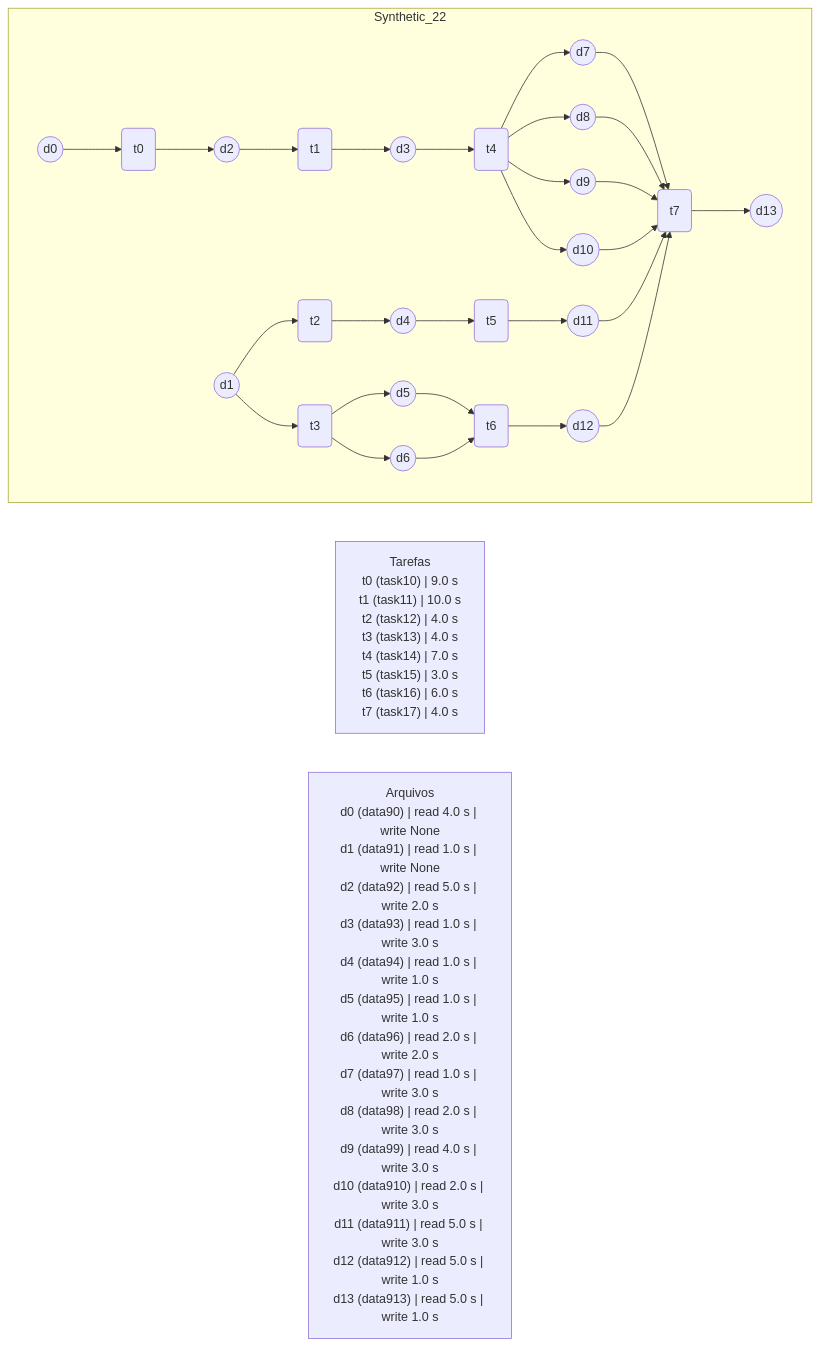
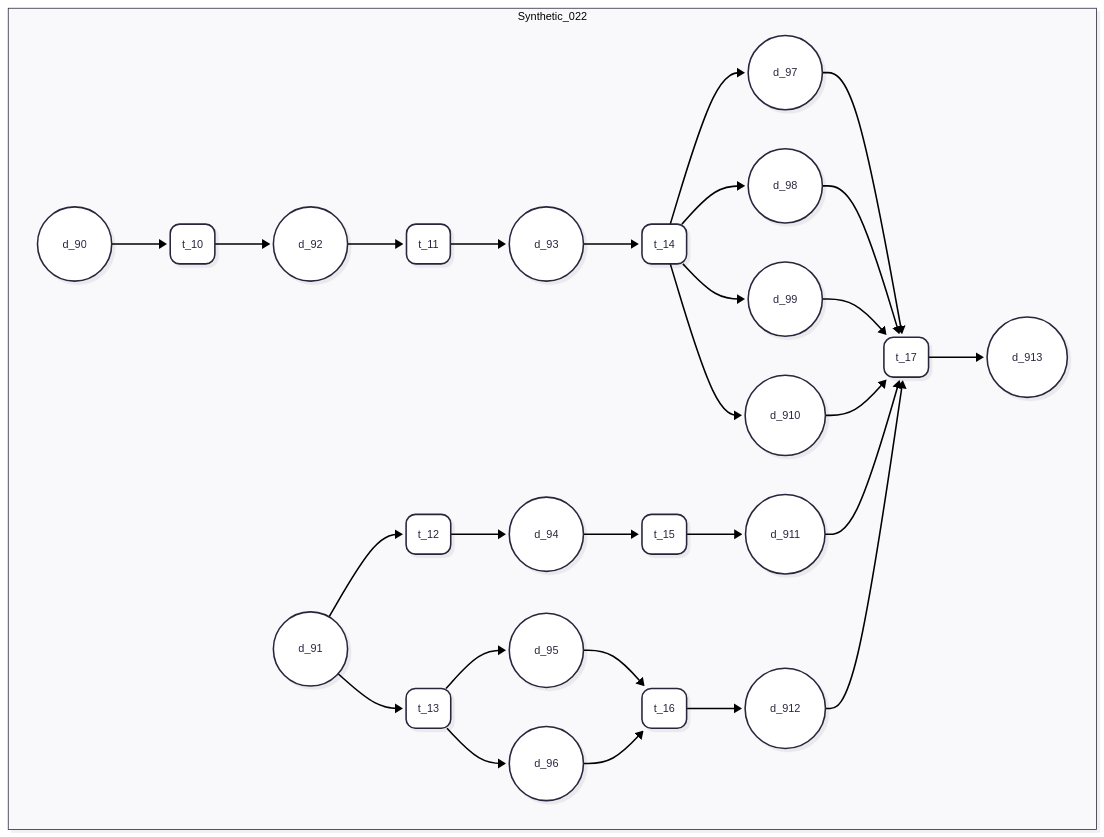
Before and after one commit to UFFeScience/denethor: the diagram in resources/data/instance_files/synthetic/synthetic_user_defined/mermaid/Synthetic_22.mermaid, drawn with Mermaid. The commit also changed 17 other files, not shown here.

Commit message:
Novas definições de instâncias sintéticas,  arquivos mermaid e scripts geradores

```diff
--- a/resources/data/instance_files/synthetic/synthetic_user_defined/mermaid/Synthetic_22.mermaid
+++ b/resources/data/instance_files/synthetic/synthetic_user_defined/mermaid/Synthetic_22.mermaid
@@ -1,68 +1,53 @@
 ---
 config:
   layout: dagre
+  theme: redux
+  look: neo
 ---
 flowchart LR
-    %% (( )) = Circulo (Dados)
-    %% ( )   = Retangulo Arredondado (Tarefas)
-
-    subgraph Synthetic_22["Synthetic_22"]
-        direction LR
-        S22_d0(("d0"))
-        S22_t0("t0")
-        S22_d2(("d2"))
-        S22_t1("t1")
-        S22_d3(("d3"))
-        S22_d1(("d1"))
-        S22_t2("t2")
-        S22_d4(("d4"))
-        S22_t3("t3")
-        S22_d5(("d5"))
-        S22_d6(("d6"))
-        S22_t4("t4")
-        S22_d7(("d7"))
-        S22_d8(("d8"))
-        S22_d9(("d9"))
-        S22_d10(("d10"))
-        S22_t5("t5")
-        S22_d11(("d11"))
-        S22_t6("t6")
-        S22_d12(("d12"))
-        S22_t7("t7")
-        S22_d13(("d13"))
-    end
-
-    %% t0: d0 -> d2
+ subgraph Synthetic_22["Synthetic_022"]
+    direction LR
+        S22_d0(("d_90"))
+        S22_d1(("d_91"))
+        S22_d2(("d_92"))
+        S22_d3(("d_93"))
+        S22_d4(("d_94"))
+        S22_d5(("d_95"))
+        S22_d6(("d_96"))
+        S22_d7(("d_97"))
+        S22_d8(("d_98"))
+        S22_d9(("d_99"))
+        S22_d10(("d_910"))
+        S22_d11(("d_911"))
+        S22_d12(("d_912"))
+        S22_d13(("d_913"))
+        S22_t0("t_10")
+        S22_t1("t_11")
+        S22_t2("t_12")
+        S22_t3("t_13")
+        S22_t4("t_14")
+        S22_t5("t_15")
+        S22_t6("t_16")
+        S22_t7("t_17")
+  end
     S22_d0 --> S22_t0
+    S22_d1 --> S22_t2 & S22_t3
+    S22_d2 --> S22_t1
+    S22_d3 --> S22_t4
+    S22_d4 --> S22_t5
+    S22_d5 --> S22_t6
+    S22_d6 --> S22_t6
+    S22_d7 --> S22_t7
+    S22_d8 --> S22_t7
+    S22_d9 --> S22_t7
+    S22_d10 --> S22_t7
+    S22_d11 --> S22_t7
+    S22_d12 --> S22_t7
     S22_t0 --> S22_d2
-
-    %% t1: d2 -> d3
-    S22_d2 --> S22_t1
     S22_t1 --> S22_d3
-
-    %% t2: d1 -> d4
-    S22_d1 --> S22_t2
     S22_t2 --> S22_d4
-
-    %% t3: d1 -> d5,d6
-    S22_d1 --> S22_t3
     S22_t3 --> S22_d5 & S22_d6
-
-    %% t4: d3 -> d7,d8,d9,d10
-    S22_d3 --> S22_t4
     S22_t4 --> S22_d7 & S22_d8 & S22_d9 & S22_d10
-
-    %% t5: d4 -> d11
-    S22_d4 --> S22_t5
     S22_t5 --> S22_d11
-
-    %% t6: d5,d6 -> d12
-    S22_d5 & S22_d6 --> S22_t6
     S22_t6 --> S22_d12
-
-    %% t7: d7...d12 -> d13
-    S22_d7 & S22_d8 & S22_d9 & S22_d10 & S22_d11 & S22_d12 --> S22_t7
     S22_t7 --> S22_d13
-
-    TASK_TIMES["Tarefas<br/>t0 (task10) | 9.0 s<br/>t1 (task11) | 10.0 s<br/>t2 (task12) | 4.0 s<br/>t3 (task13) | 4.0 s<br/>t4 (task14) | 7.0 s<br/>t5 (task15) | 3.0 s<br/>t6 (task16) | 6.0 s<br/>t7 (task17) | 4.0 s"]
-    FILE_TIMES["Arquivos<br/>d0 (data90) | read 4.0 s | write None<br/>d1 (data91) | read 1.0 s | write None<br/>d2 (data92) | read 5.0 s | write 2.0 s<br/>d3 (data93) | read 1.0 s | write 3.0 s<br/>d4 (data94) | read 1.0 s | write 1.0 s<br/>d5 (data95) | read 1.0 s | write 1.0 s<br/>d6 (data96) | read 2.0 s | write 2.0 s<br/>d7 (data97) | read 1.0 s | write 3.0 s<br/>d8 (data98) | read 2.0 s | write 3.0 s<br/>d9 (data99) | read 4.0 s | write 3.0 s<br/>d10 (data910) | read 2.0 s | write 3.0 s<br/>d11 (data911) | read 5.0 s | write 3.0 s<br/>d12 (data912) | read 5.0 s | write 1.0 s<br/>d13 (data913) | read 5.0 s | write 1.0 s"]
```
